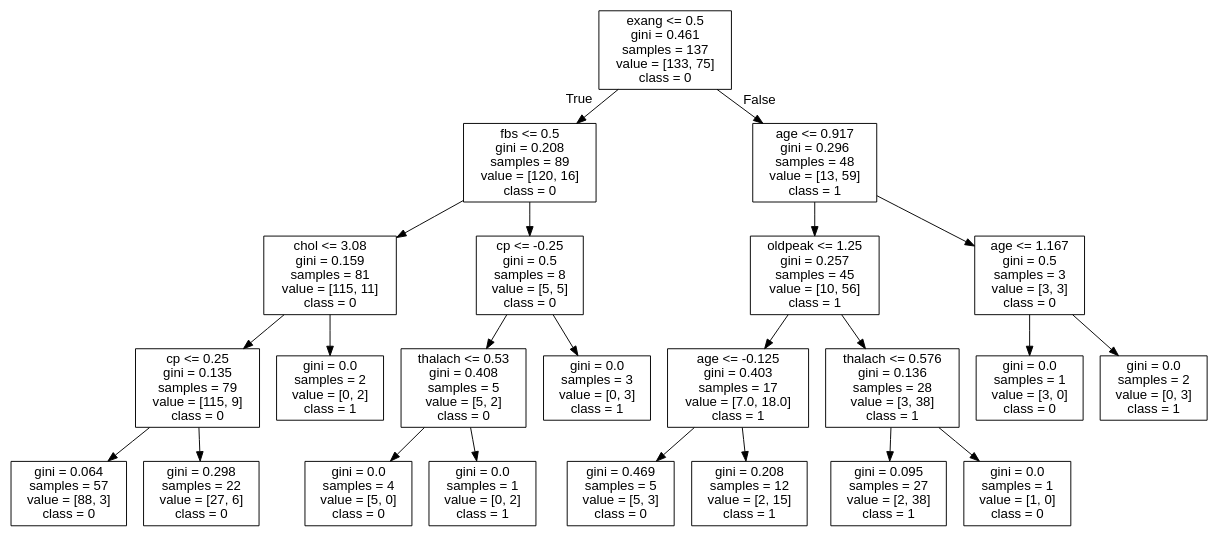
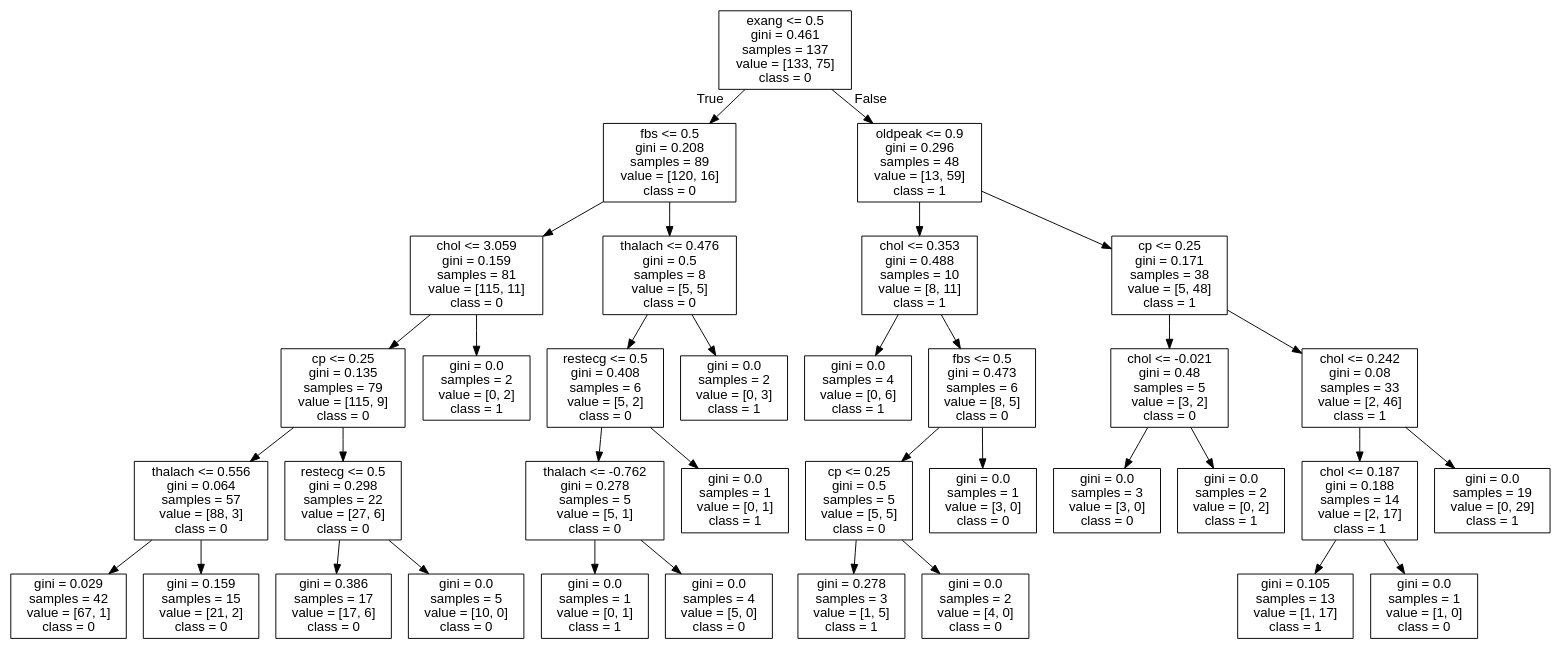
Before and after one commit to cyrilvincent/ML: the diagram in data/heartdisease/tree.dot, drawn with Graphviz. The commit also changed 1 other file, not shown here.

```diff
--- a/data/heartdisease/tree.dot
+++ b/data/heartdisease/tree.dot
@@ -1,49 +1,73 @@
 digraph Tree {
 node [shape=box, fontname="helvetica"] ;
 edge [fontname="helvetica"] ;
 0 [label="exang <= 0.5\ngini = 0.461\nsamples = 137\nvalue = [133, 75]\nclass = 0"] ;
 1 [label="fbs <= 0.5\ngini = 0.208\nsamples = 89\nvalue = [120, 16]\nclass = 0"] ;
 0 -> 1 [labeldistance=2.5, labelangle=45, headlabel="True"] ;
-2 [label="chol <= 3.08\ngini = 0.159\nsamples = 81\nvalue = [115, 11]\nclass = 0"] ;
+2 [label="chol <= 3.059\ngini = 0.159\nsamples = 81\nvalue = [115, 11]\nclass = 0"] ;
 1 -> 2 ;
 3 [label="cp <= 0.25\ngini = 0.135\nsamples = 79\nvalue = [115, 9]\nclass = 0"] ;
 2 -> 3 ;
-4 [label="gini = 0.064\nsamples = 57\nvalue = [88, 3]\nclass = 0"] ;
+4 [label="thalach <= 0.556\ngini = 0.064\nsamples = 57\nvalue = [88, 3]\nclass = 0"] ;
 3 -> 4 ;
-5 [label="gini = 0.298\nsamples = 22\nvalue = [27, 6]\nclass = 0"] ;
-3 -> 5 ;
-6 [label="gini = 0.0\nsamples = 2\nvalue = [0, 2]\nclass = 1"] ;
-2 -> 6 ;
-7 [label="cp <= -0.25\ngini = 0.5\nsamples = 8\nvalue = [5, 5]\nclass = 0"] ;
-1 -> 7 ;
-8 [label="thalach <= 0.53\ngini = 0.408\nsamples = 5\nvalue = [5, 2]\nclass = 0"] ;
+5 [label="gini = 0.029\nsamples = 42\nvalue = [67, 1]\nclass = 0"] ;
+4 -> 5 ;
+6 [label="gini = 0.159\nsamples = 15\nvalue = [21, 2]\nclass = 0"] ;
+4 -> 6 ;
+7 [label="restecg <= 0.5\ngini = 0.298\nsamples = 22\nvalue = [27, 6]\nclass = 0"] ;
+3 -> 7 ;
+8 [label="gini = 0.386\nsamples = 17\nvalue = [17, 6]\nclass = 0"] ;
 7 -> 8 ;
-9 [label="gini = 0.0\nsamples = 4\nvalue = [5, 0]\nclass = 0"] ;
-8 -> 9 ;
-10 [label="gini = 0.0\nsamples = 1\nvalue = [0, 2]\nclass = 1"] ;
-8 -> 10 ;
-11 [label="gini = 0.0\nsamples = 3\nvalue = [0, 3]\nclass = 1"] ;
-7 -> 11 ;
-12 [label="age <= 0.917\ngini = 0.296\nsamples = 48\nvalue = [13, 59]\nclass = 1"] ;
-0 -> 12 [labeldistance=2.5, labelangle=-45, headlabel="False"] ;
-13 [label="oldpeak <= 1.25\ngini = 0.257\nsamples = 45\nvalue = [10, 56]\nclass = 1"] ;
+9 [label="gini = 0.0\nsamples = 5\nvalue = [10, 0]\nclass = 0"] ;
+7 -> 9 ;
+10 [label="gini = 0.0\nsamples = 2\nvalue = [0, 2]\nclass = 1"] ;
+2 -> 10 ;
+11 [label="thalach <= 0.476\ngini = 0.5\nsamples = 8\nvalue = [5, 5]\nclass = 0"] ;
+1 -> 11 ;
+12 [label="restecg <= 0.5\ngini = 0.408\nsamples = 6\nvalue = [5, 2]\nclass = 0"] ;
+11 -> 12 ;
+13 [label="thalach <= -0.762\ngini = 0.278\nsamples = 5\nvalue = [5, 1]\nclass = 0"] ;
 12 -> 13 ;
-14 [label="age <= -0.125\ngini = 0.403\nsamples = 17\nvalue = [7.0, 18.0]\nclass = 1"] ;
+14 [label="gini = 0.0\nsamples = 1\nvalue = [0, 1]\nclass = 1"] ;
 13 -> 14 ;
-15 [label="gini = 0.469\nsamples = 5\nvalue = [5, 3]\nclass = 0"] ;
-14 -> 15 ;
-16 [label="gini = 0.208\nsamples = 12\nvalue = [2, 15]\nclass = 1"] ;
-14 -> 16 ;
-17 [label="thalach <= 0.576\ngini = 0.136\nsamples = 28\nvalue = [3, 38]\nclass = 1"] ;
-13 -> 17 ;
-18 [label="gini = 0.095\nsamples = 27\nvalue = [2, 38]\nclass = 1"] ;
-17 -> 18 ;
-19 [label="gini = 0.0\nsamples = 1\nvalue = [1, 0]\nclass = 0"] ;
-17 -> 19 ;
-20 [label="age <= 1.167\ngini = 0.5\nsamples = 3\nvalue = [3, 3]\nclass = 0"] ;
-12 -> 20 ;
-21 [label="gini = 0.0\nsamples = 1\nvalue = [3, 0]\nclass = 0"] ;
-20 -> 21 ;
-22 [label="gini = 0.0\nsamples = 2\nvalue = [0, 3]\nclass = 1"] ;
-20 -> 22 ;
+15 [label="gini = 0.0\nsamples = 4\nvalue = [5, 0]\nclass = 0"] ;
+13 -> 15 ;
+16 [label="gini = 0.0\nsamples = 1\nvalue = [0, 1]\nclass = 1"] ;
+12 -> 16 ;
+17 [label="gini = 0.0\nsamples = 2\nvalue = [0, 3]\nclass = 1"] ;
+11 -> 17 ;
+18 [label="oldpeak <= 0.9\ngini = 0.296\nsamples = 48\nvalue = [13, 59]\nclass = 1"] ;
+0 -> 18 [labeldistance=2.5, labelangle=-45, headlabel="False"] ;
+19 [label="chol <= 0.353\ngini = 0.488\nsamples = 10\nvalue = [8, 11]\nclass = 1"] ;
+18 -> 19 ;
+20 [label="gini = 0.0\nsamples = 4\nvalue = [0, 6]\nclass = 1"] ;
+19 -> 20 ;
+21 [label="fbs <= 0.5\ngini = 0.473\nsamples = 6\nvalue = [8, 5]\nclass = 0"] ;
+19 -> 21 ;
+22 [label="cp <= 0.25\ngini = 0.5\nsamples = 5\nvalue = [5, 5]\nclass = 0"] ;
+21 -> 22 ;
+23 [label="gini = 0.278\nsamples = 3\nvalue = [1, 5]\nclass = 1"] ;
+22 -> 23 ;
+24 [label="gini = 0.0\nsamples = 2\nvalue = [4, 0]\nclass = 0"] ;
+22 -> 24 ;
+25 [label="gini = 0.0\nsamples = 1\nvalue = [3, 0]\nclass = 0"] ;
+21 -> 25 ;
+26 [label="cp <= 0.25\ngini = 0.171\nsamples = 38\nvalue = [5, 48]\nclass = 1"] ;
+18 -> 26 ;
+27 [label="chol <= -0.021\ngini = 0.48\nsamples = 5\nvalue = [3, 2]\nclass = 0"] ;
+26 -> 27 ;
+28 [label="gini = 0.0\nsamples = 3\nvalue = [3, 0]\nclass = 0"] ;
+27 -> 28 ;
+29 [label="gini = 0.0\nsamples = 2\nvalue = [0, 2]\nclass = 1"] ;
+27 -> 29 ;
+30 [label="chol <= 0.242\ngini = 0.08\nsamples = 33\nvalue = [2, 46]\nclass = 1"] ;
+26 -> 30 ;
+31 [label="chol <= 0.187\ngini = 0.188\nsamples = 14\nvalue = [2, 17]\nclass = 1"] ;
+30 -> 31 ;
+32 [label="gini = 0.105\nsamples = 13\nvalue = [1, 17]\nclass = 1"] ;
+31 -> 32 ;
+33 [label="gini = 0.0\nsamples = 1\nvalue = [1, 0]\nclass = 0"] ;
+31 -> 33 ;
+34 [label="gini = 0.0\nsamples = 19\nvalue = [0, 29]\nclass = 1"] ;
+30 -> 34 ;
 }
```
